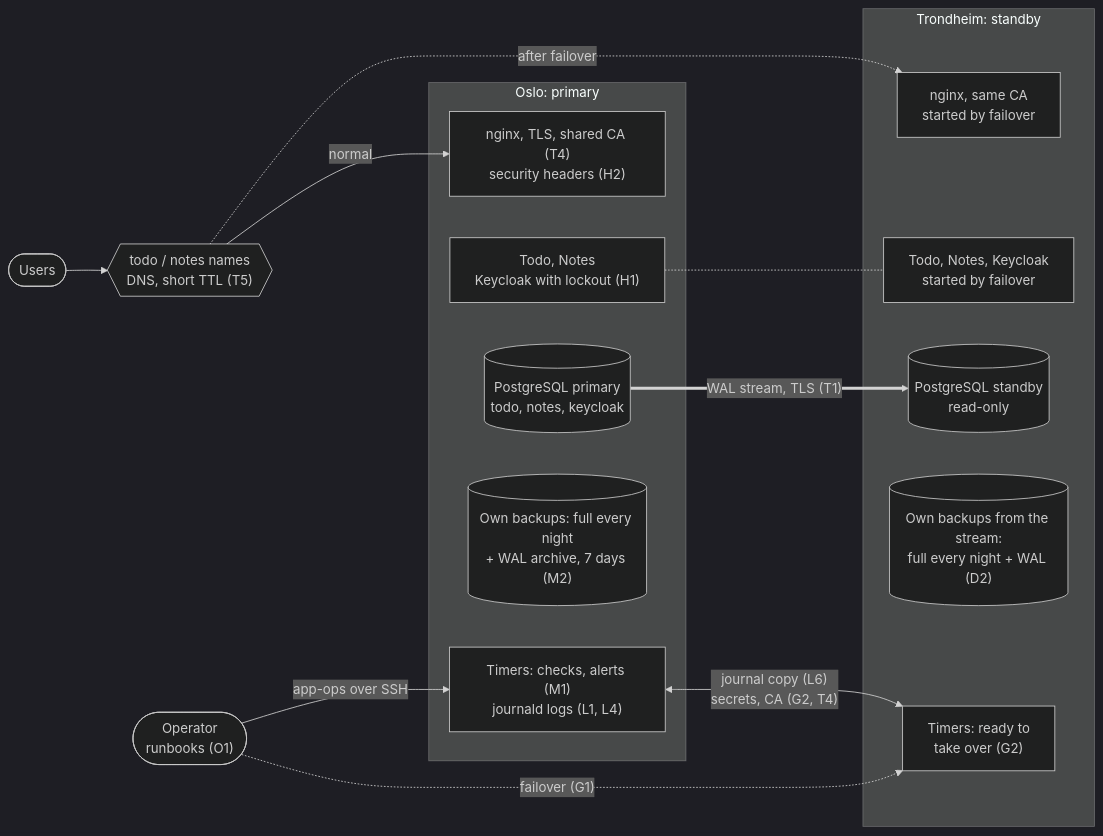
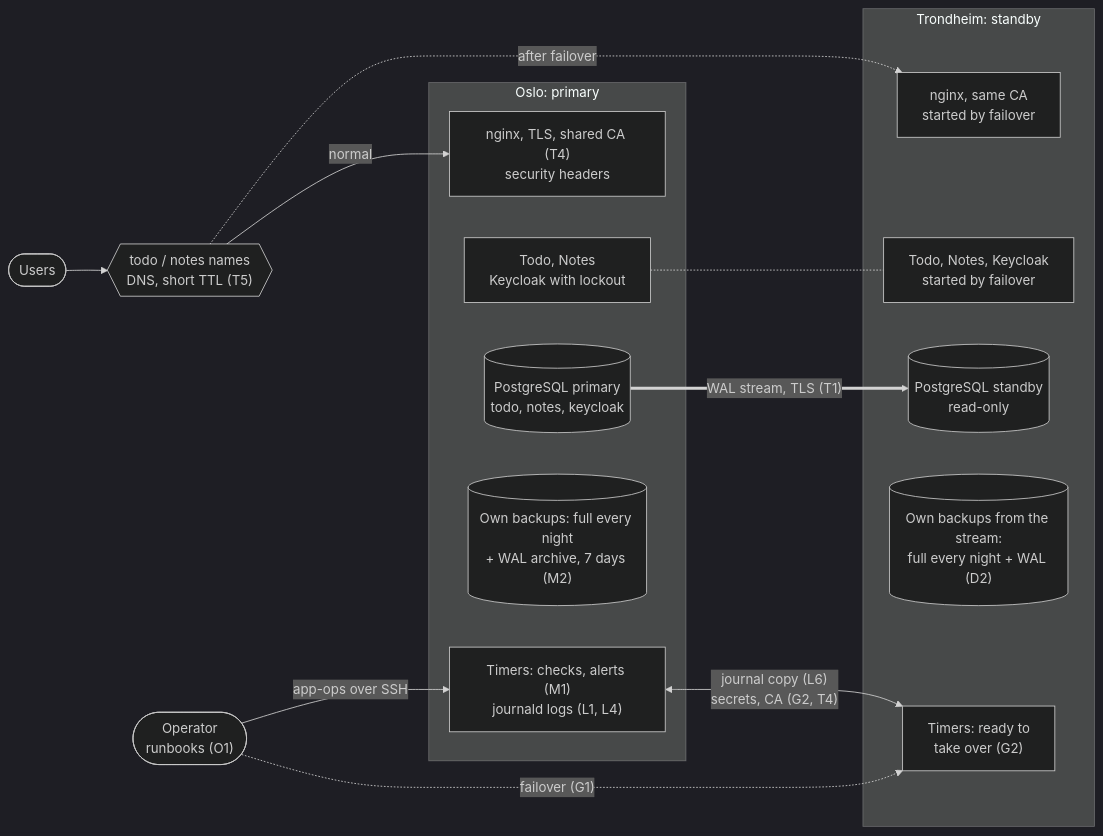
Before and after one commit to gunstein/podman_test: the first of 2 diagrams in docs/TARGET-PICTURE.md, drawn with Mermaid (dark theme). The commit also changed other lines of this file and 6 other files, not shown here.

First line of the commit message:
nginx: HSTS, Content-Security-Policy and frame protection

````diff
--- a/docs/TARGET-PICTURE.md
+++ b/docs/TARGET-PICTURE.md
@@ -9,32 +9,32 @@
 ```mermaid
 flowchart LR
   users(["Users"]) --> dns{{"todo / notes names<br>DNS, short TTL (T5)"}}
   op(["Operator<br>runbooks (O1)"])
 
   subgraph OSLO["Oslo: primary"]
-    o_proxy["nginx, TLS, shared CA (T4)<br>security headers (H2)"]
-    o_apps["Todo, Notes<br>Keycloak with lockout (H1)"]
+    o_proxy["nginx, TLS, shared CA (T4)<br>security headers"]
+    o_apps["Todo, Notes<br>Keycloak with lockout"]
     o_db[("PostgreSQL primary<br>todo, notes, keycloak")]
     o_bk[("Own backups: full every night<br>+ WAL archive, 7 days (M2)")]
     o_time["Timers: checks, alerts (M1)<br>journald logs (L1, L4)"]
   end
 
   subgraph TRD["Trondheim: standby"]
     t_proxy["nginx, same CA<br>started by failover"]
     t_apps["Todo, Notes, Keycloak<br>started by failover"]
     t_db[("PostgreSQL standby<br>read-only")]
     t_bk[("Own backups from the stream:<br>full every night + WAL (D2)")]
     t_time["Timers: ready to<br>take over (G2)"]
   end
 
   dns -->|normal| o_proxy
   dns -.->|after failover| t_proxy
   o_proxy ~~~ t_proxy
   o_apps -.- t_apps
   o_db ==>|"WAL stream, TLS (T1)"| t_db
   o_bk ~~~ t_bk
   o_time <-->|"journal copy (L6)<br>secrets, CA (G2, T4)"| t_time
   dns ~~~ o_apps & o_db & o_bk
   op -->|app-ops over SSH| o_time
   op -.->|"failover (G1)"| t_time
 ```
````
